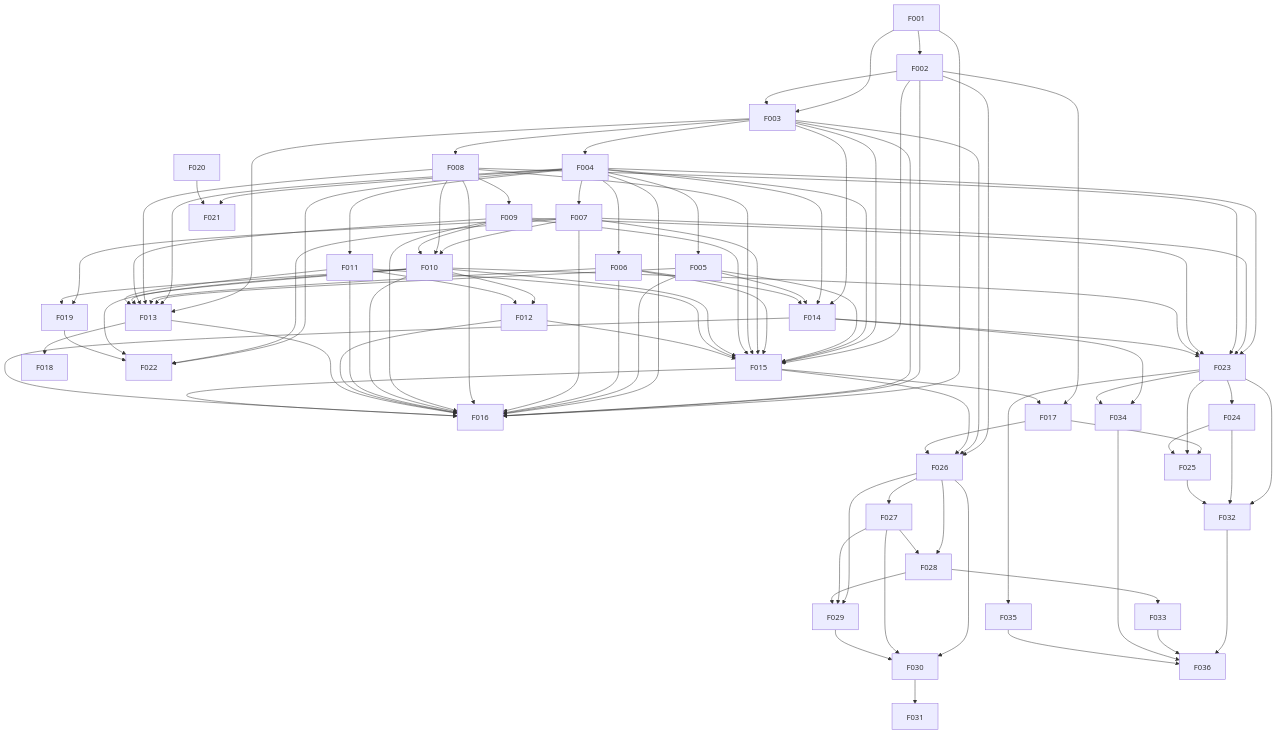
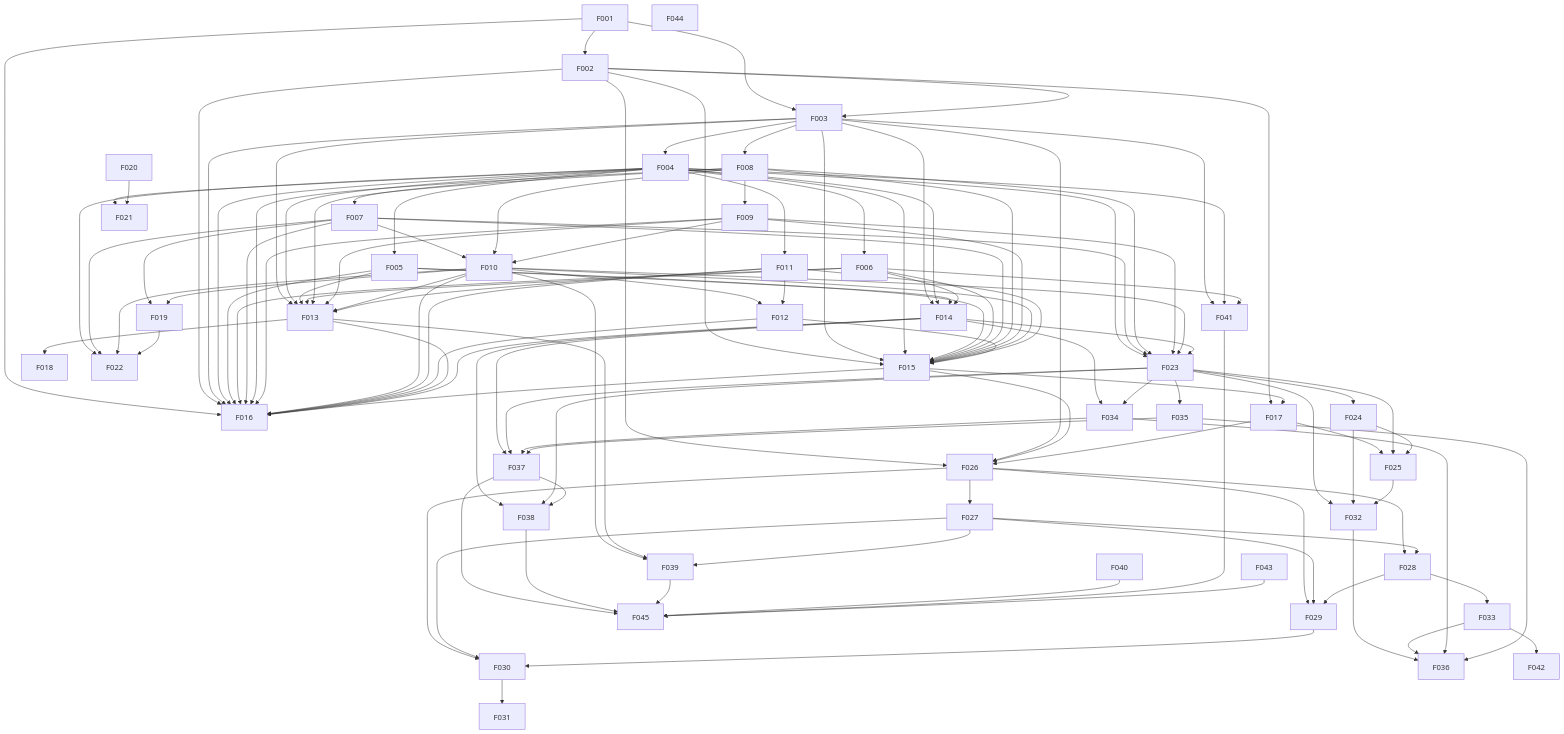
Before and after one commit to 47oo/csm: the diagram in docs/project/dependency-map.md, drawn with Mermaid. The commit also changed other lines of this file and 6 other files, not shown here.

````diff
--- a/docs/project/dependency-map.md
+++ b/docs/project/dependency-map.md
@@ -44,6 +44,15 @@
     n33["F034"]
     n34["F035"]
     n35["F036"]
+    n36["F037"]
+    n37["F038"]
+    n38["F039"]
+    n39["F040"]
+    n40["F041"]
+    n41["F042"]
+    n42["F043"]
+    n43["F044"]
+    n44["F045"]
     n0 --> n1
     n0 --> n2
     n1 --> n2
@@ -143,4 +152,24 @@
     n32 --> n35
     n33 --> n35
     n34 --> n35
+    n13 --> n36
+    n22 --> n36
+    n33 --> n36
+    n34 --> n36
+    n13 --> n37
+    n22 --> n37
+    n36 --> n37
+    n9 --> n38
+    n12 --> n38
+    n26 --> n38
+    n2 --> n40
+    n3 --> n40
+    n5 --> n40
+    n32 --> n41
+    n36 --> n44
+    n37 --> n44
+    n38 --> n44
+    n39 --> n44
+    n40 --> n44
+    n42 --> n44
 ```
````
